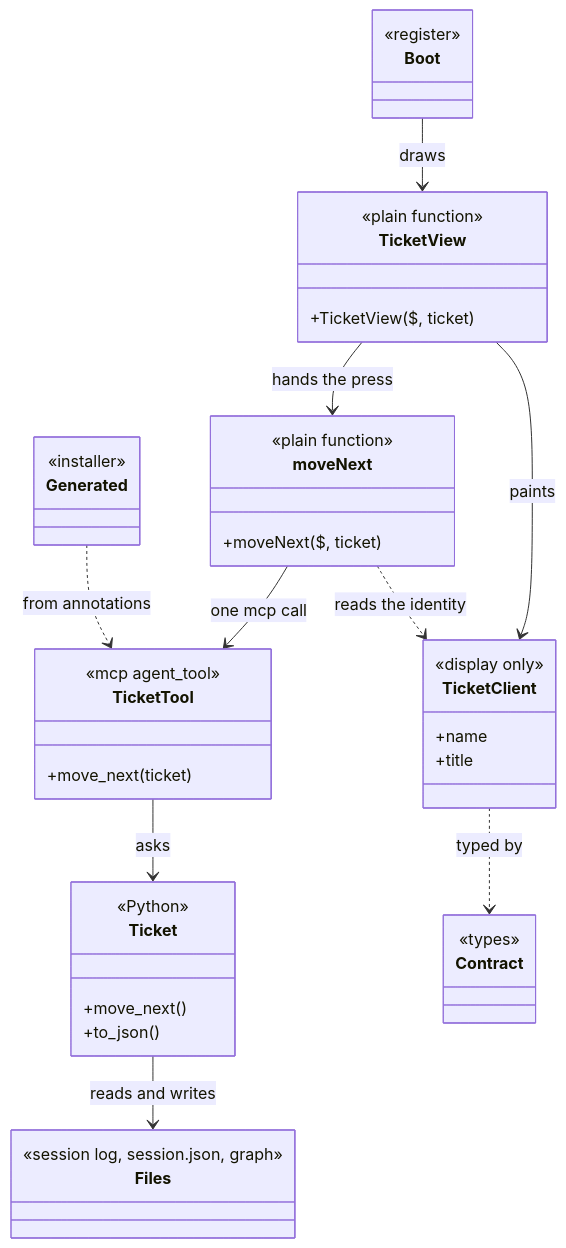
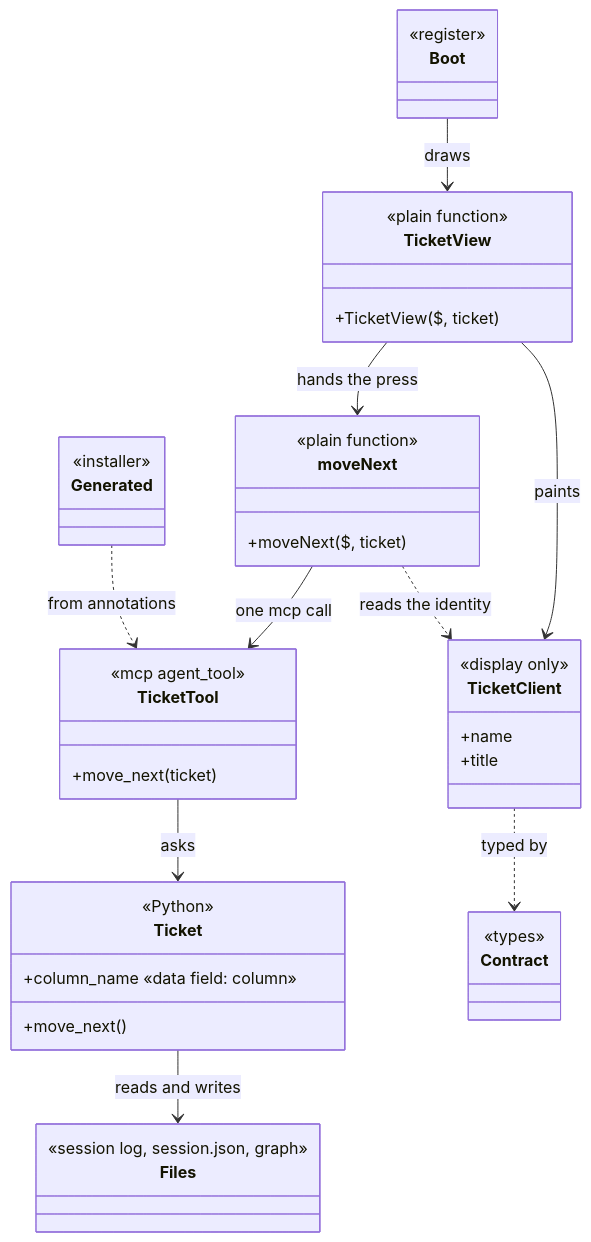
The first of 2 diagrams in cdd_guidance/patterns/cdd_claude_mod/cdd_claude_mod.md (abd-works/abd-context-driven-delivery), drawn with Mermaid before and after one commit. The commit also changed other lines of this file and 69 other files, not shown here.

````diff
--- a/cdd_guidance/patterns/cdd_claude_mod/cdd_claude_mod.md
+++ b/cdd_guidance/patterns/cdd_claude_mod/cdd_claude_mod.md
@@ -57,47 +57,47 @@
 ```mermaid
 classDiagram
   class Ticket {
     <<Python>>
     +move_next()
-    +to_json()
+    +column_name «data field: column»
   }
   class TicketTool {
     <<mcp agent_tool>>
     +move_next(ticket)
   }
   class Generated {
     <<installer>>
   }
   class Contract {
     <<types>>
   }
   class TicketClient {
     <<display only>>
     +name
     +title
   }
   class moveNext {
     <<plain function>>
     +moveNext($, ticket)
   }
   class TicketView {
     <<plain function>>
     +TicketView($, ticket)
   }
   class Boot {
     <<register>>
   }
   class Files {
     <<session log, session.json, graph>>
   }
 
   TicketTool --> Ticket : asks
   Ticket --> Files : reads and writes
   Generated ..> TicketTool : from annotations
   moveNext --> TicketTool : one mcp call
   moveNext ..> TicketClient : reads the identity
   TicketClient ..> Contract : typed by
   TicketView --> TicketClient : paints
   TicketView --> moveNext : hands the press
   Boot --> TicketView : draws
 ```
````
